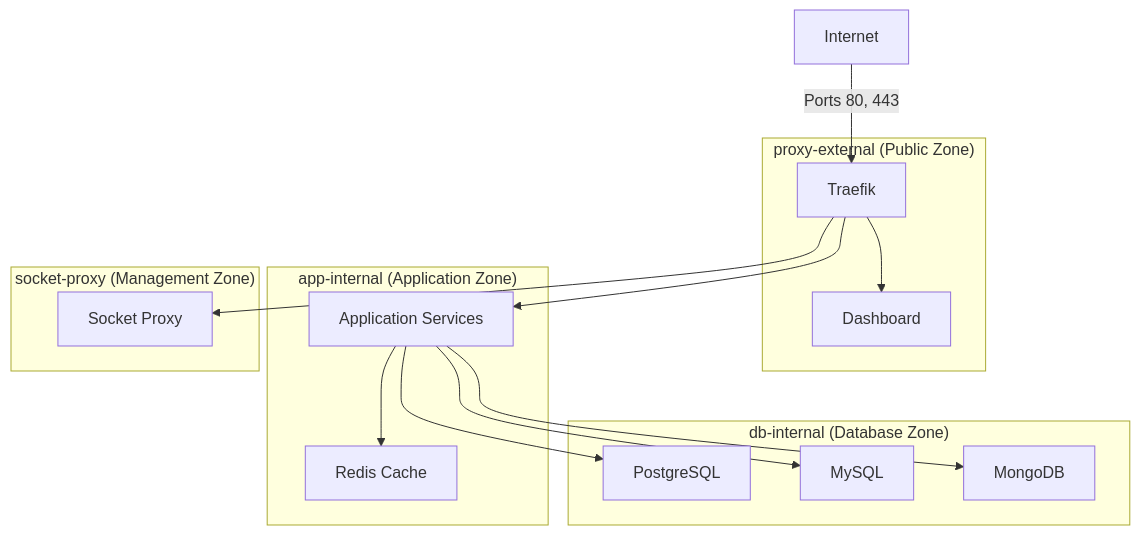
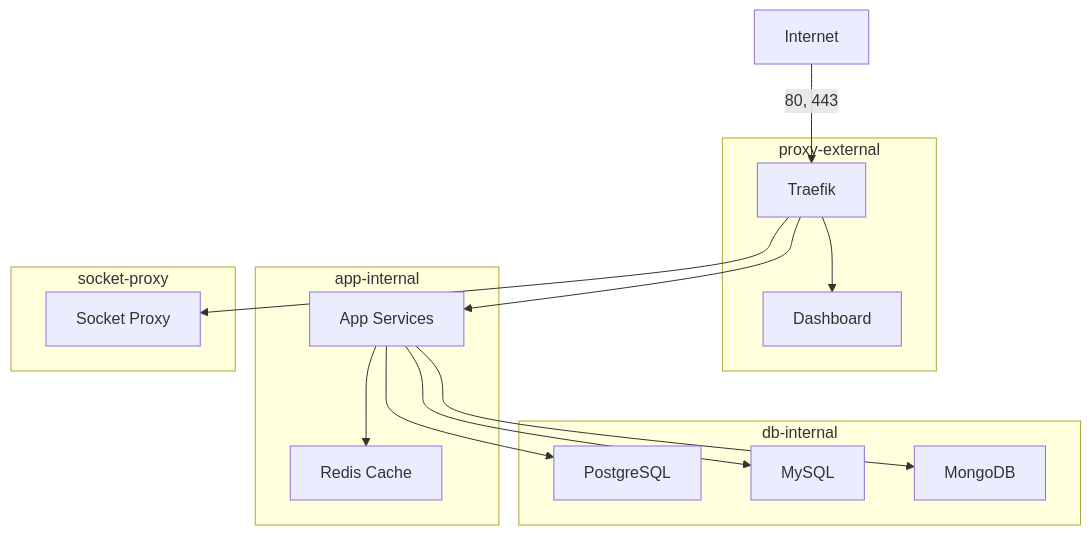
Before and after one commit to peermesh/docker-lab-docs: the second of 3 diagrams in docs/security.md, drawn with Mermaid. The commit also changed other lines of this file and 13 other files, not shown here.

First line of the commit message:
fix: improve diagram legibility and icon rendering

````diff
--- a/docs/security.md
+++ b/docs/security.md
@@ -74,33 +68,33 @@
 ```mermaid
 flowchart TB
     Internet["Internet"]
 
-    subgraph ProxyZone["proxy-external (Public Zone)"]
+    subgraph ProxyZone["proxy-external"]
         Traefik["Traefik"]
         Dashboard["Dashboard"]
     end
 
-    subgraph AppZone["app-internal (Application Zone)"]
-        Apps["Application Services"]
+    subgraph AppZone["app-internal"]
+        Apps["App Services"]
         Redis["Redis Cache"]
     end
 
-    subgraph DbZone["db-internal (Database Zone)"]
+    subgraph DbZone["db-internal"]
         Postgres["PostgreSQL"]
         Mysql["MySQL"]
         Mongo["MongoDB"]
     end
 
-    subgraph SocketZone["socket-proxy (Management Zone)"]
+    subgraph SocketZone["socket-proxy"]
         SocketProxy["Socket Proxy"]
     end
 
-    Internet -->|"Ports 80, 443"| Traefik
+    Internet -->|"80, 443"| Traefik
     Traefik --> Dashboard
     Traefik --> Apps
     Traefik --> SocketProxy
     Apps --> Redis
     Apps --> Postgres
     Apps --> Mysql
     Apps --> Mongo
 ```
````
